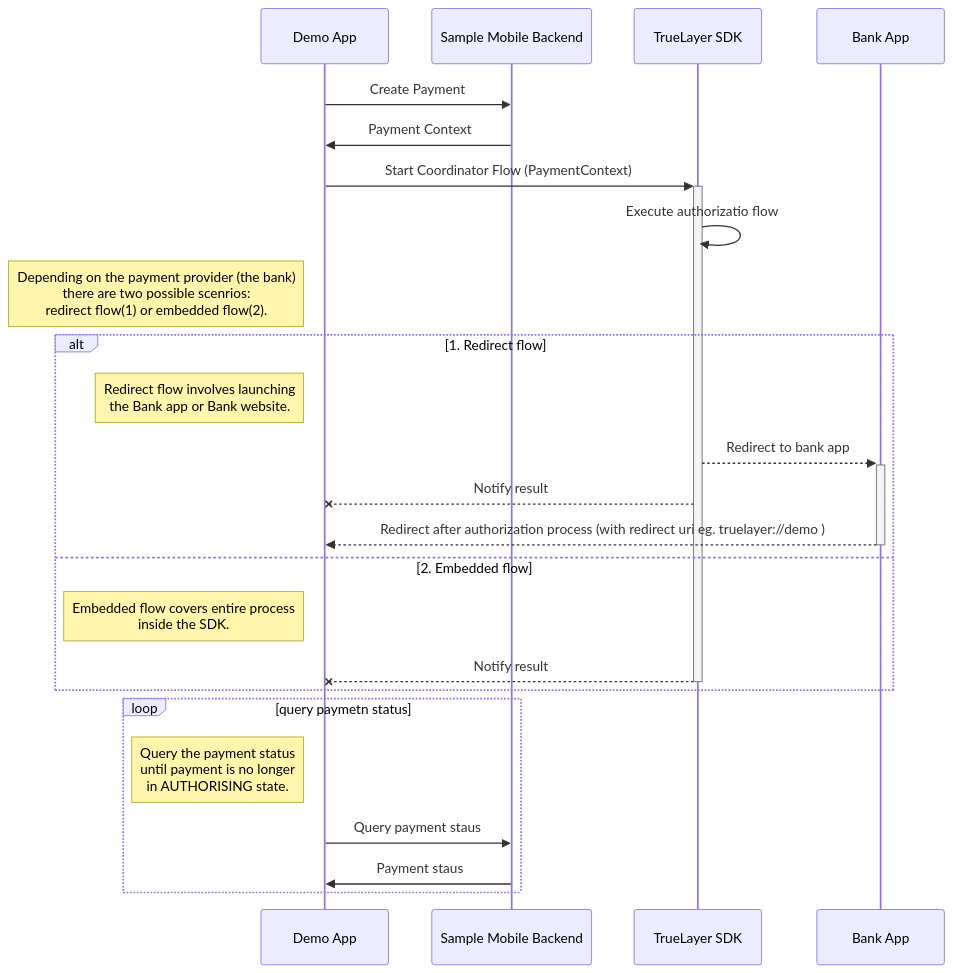
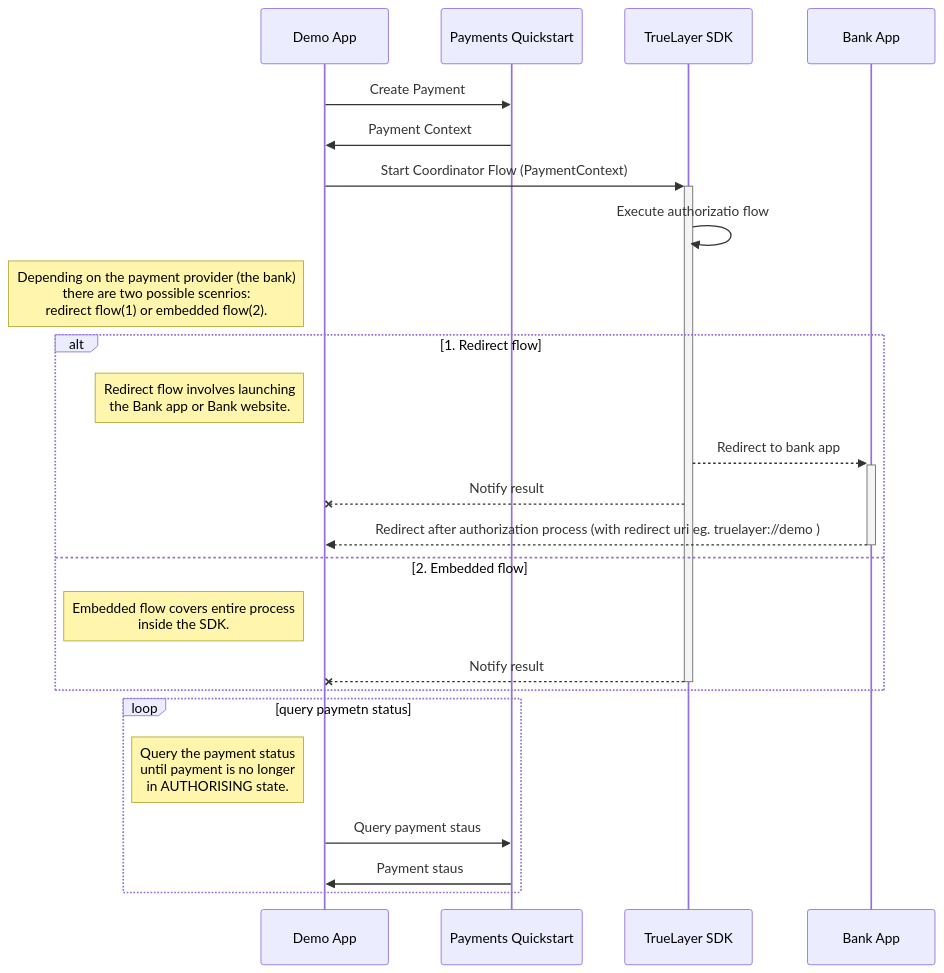
One commit to TrueLayer/truelayer-android-sdk-demo changed the diagram in README.md. Above: the diagram before and after it, drawn with Mermaid. The commit also changed other lines of this file, not shown here.

Commit message:
Updated Readme references to Payments Quickstart

````diff
--- a/README.md
+++ b/README.md
@@ -47,30 +47,30 @@
 ```mermaid
 sequenceDiagram
 	participant app as Demo App
-	participant backend as Sample Mobile Backend
+	participant backend as Payments Quickstart
 	participant SDK as TrueLayer SDK
 	participant Bank as Bank App
 
 	app ->> backend: Create Payment
 	backend ->> app: Payment Context
 	app ->>+ SDK: Start Coordinator Flow (PaymentContext)
 	SDK ->> SDK: Execute authorizatio flow
 
 	note left of app: Depending on the payment provider (the bank) <br/>there are two possible scenrios:<br/>redirect flow(1) or embedded flow(2).
 
 	alt 1. Redirect flow
 	note left of app: Redirect flow involves launching<br/> the Bank app or Bank website.
 	SDK -->>+ Bank: Redirect to bank app
 	SDK --x app: Notify result
 	Bank -->>- app: Redirect after authorization process (with redirect uri eg. truelayer://demo )
 	else 2. Embedded flow
 		note left of app: Embedded flow covers entire process<br/> inside the SDK.
 	SDK --x- app: Notify result
 	end
 
 	loop query paymetn status
 	note left of app: Query the payment status<br/>until payment is no longer<br/>in AUTHORISING state.
 	app ->> backend: Query payment staus
 	backend ->> app: Payment staus
 	end
 ```
````
